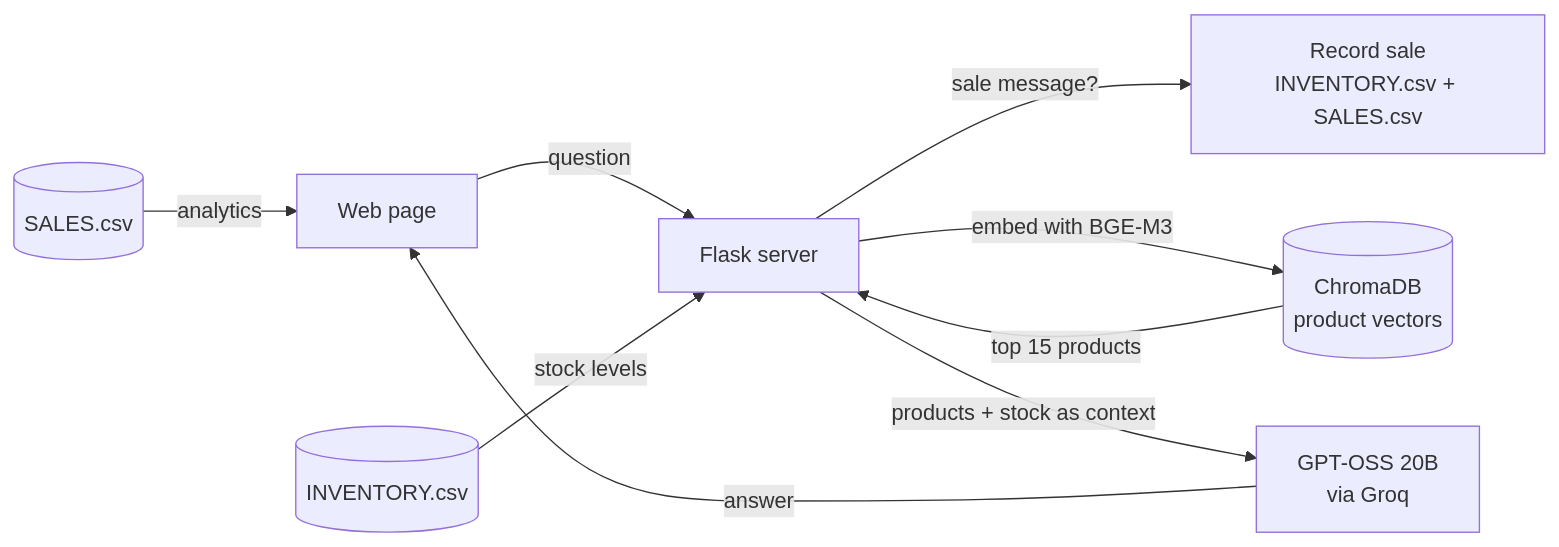
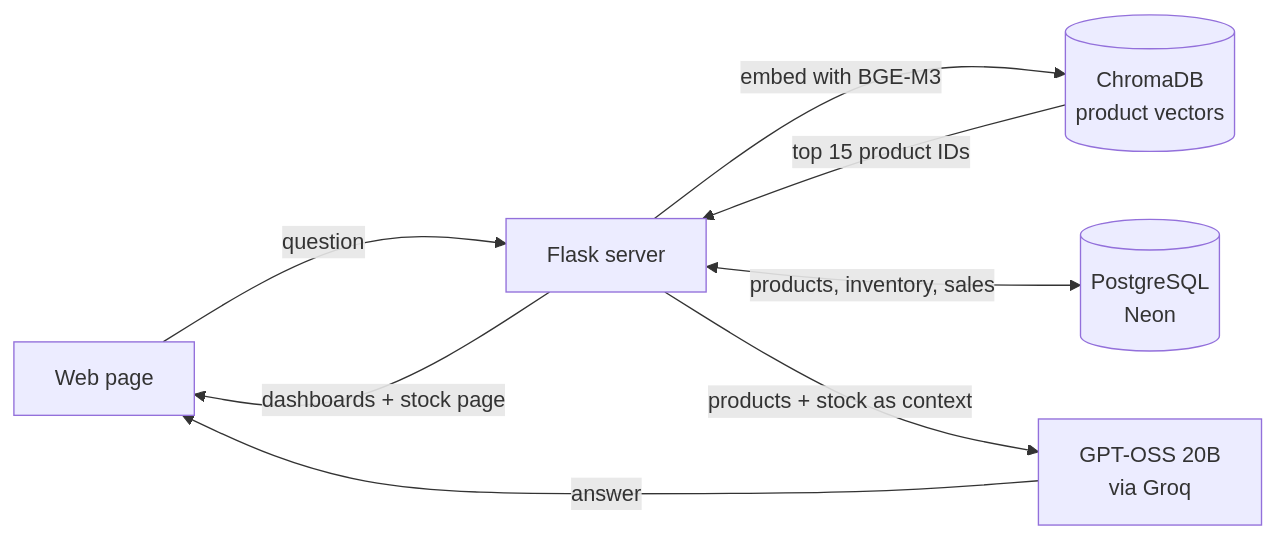
One commit to aryann-dev/retail-ai-assistant changed the diagram in README.md. Above: the diagram before and after it, drawn with Mermaid. The commit also changed other lines of this file and 11 other files, not shown here.

First line of the commit message:
Move data to PostgreSQL (Neon) and add stock overview page

````diff
--- a/README.md
+++ b/README.md
@@ -28,11 +34,10 @@
 ```mermaid
 flowchart LR
     U[Web page] -->|question| F[Flask server]
-    F -->|sale message?| S[Record sale<br/>INVENTORY.csv + SALES.csv]
     F -->|embed with BGE-M3| C[(ChromaDB<br/>product vectors)]
-    C -->|top 15 products| F
-    I[(INVENTORY.csv)] -->|stock levels| F
+    C -->|top 15 product IDs| F
+    F <-->|products, inventory, sales| P[(PostgreSQL<br/>Neon)]
     F -->|products + stock as context| G[GPT-OSS 20B<br/>via Groq]
     G -->|answer| U
-    D[(SALES.csv)] -->|analytics| U
+    F -->|dashboards + stock page| U
 ```
````
